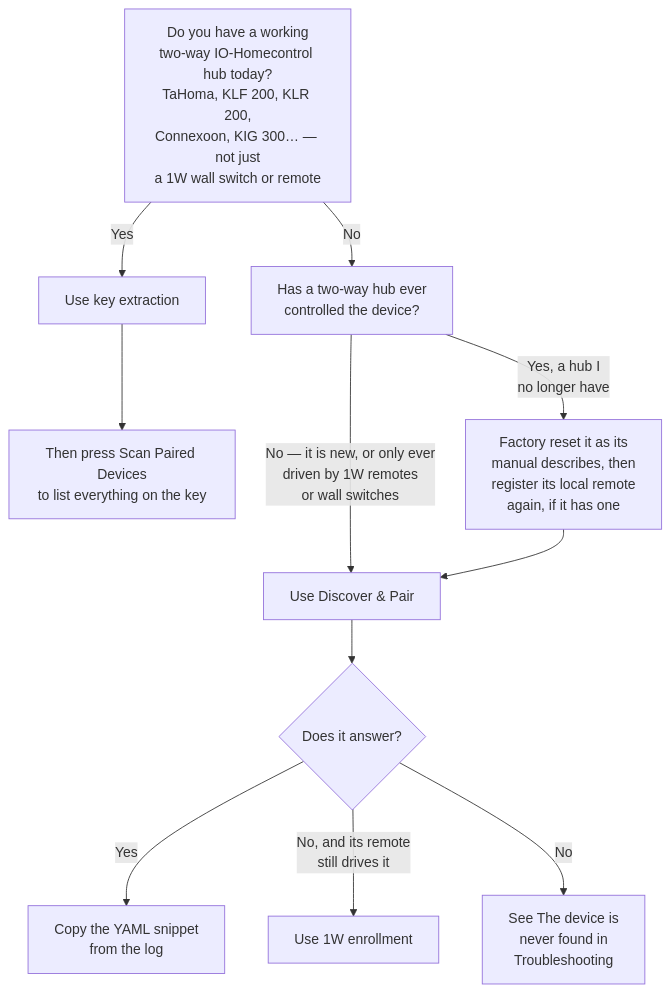
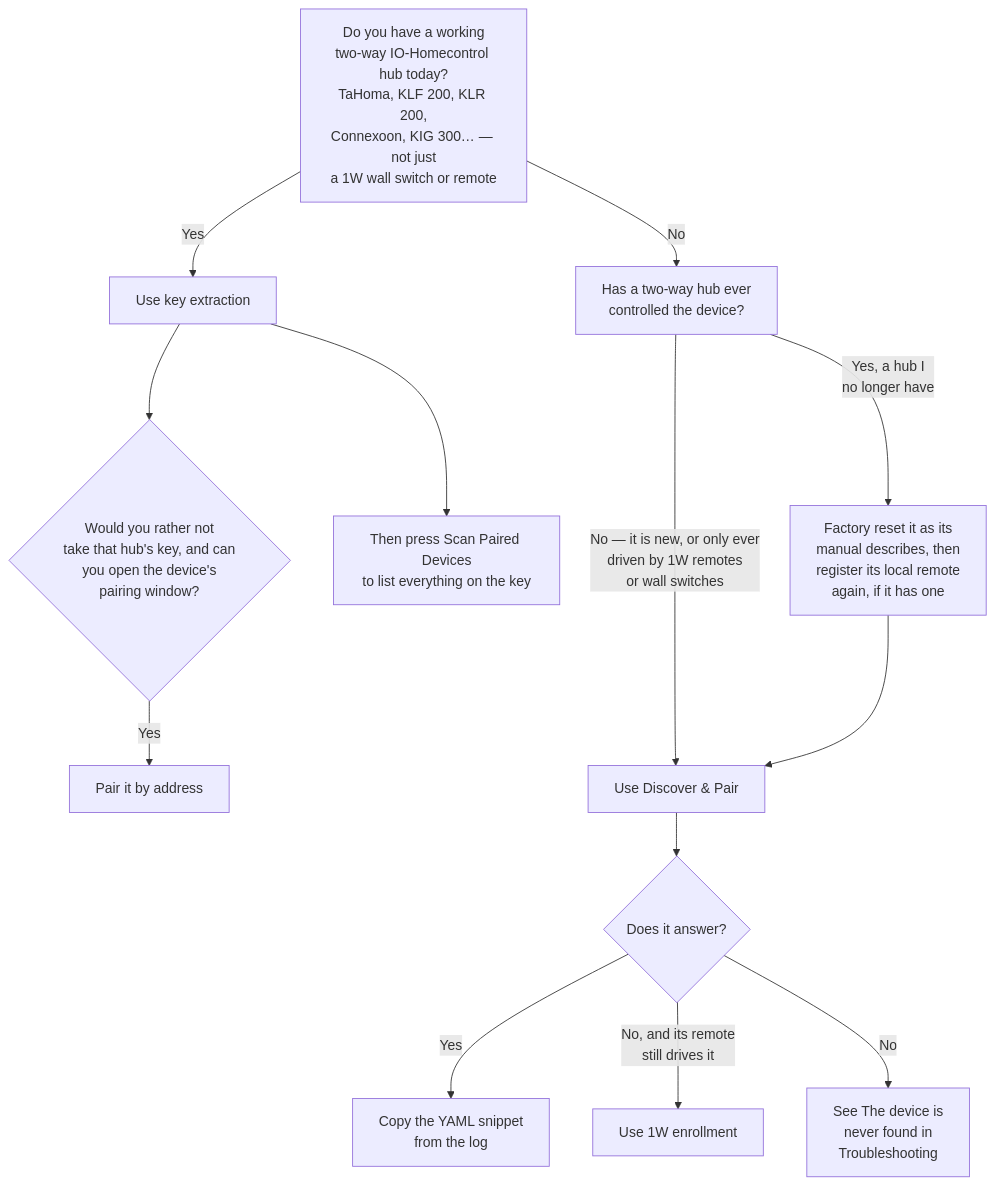
Before and after one commit to laberning/home_io_control: the diagram in docs/pairing.md, drawn with Mermaid. The commit also changed other lines of this file and 13 other files, not shown here.

First line of the commit message:
fix(pairing): keep the last pairing result when pair_device refuses

````diff
--- a/docs/pairing.md
+++ b/docs/pairing.md
@@ -17,13 +17,15 @@
 ```mermaid
 flowchart TD
     A[Do you have a working<br/>two-way IO-Homecontrol hub today?<br/>TaHoma, KLF 200, KLR 200,<br/>Connexoon, KIG 300… — not just<br/>a 1W wall switch or remote] -->|Yes| B[Use key extraction]
+    B --> K{Would you rather not<br/>take that hub's key, and can<br/>you open the device's<br/>pairing window?}
+    K -->|Yes| L[Pair it by address]
     A -->|No| C[Has a two-way hub ever<br/>controlled the device?]
     C -->|No — it is new, or only ever<br/>driven by 1W remotes<br/>or wall switches| D[Use Discover &amp; Pair]
     C -->|Yes, a hub I<br/>no longer have| E[Factory reset it as its<br/>manual describes, then<br/>register its local remote<br/>again, if it has one]
     E --> D
     D --> F{Does it answer?}
     F -->|Yes| I[Copy the YAML snippet<br/>from the log]
     F -->|No, and its remote<br/>still drives it| J[Use 1W enrollment]
     F -->|No| G[See The device is<br/>never found in<br/>Troubleshooting]
     B --> H[Then press Scan Paired Devices<br/>to list everything on the key]
 ```
````
